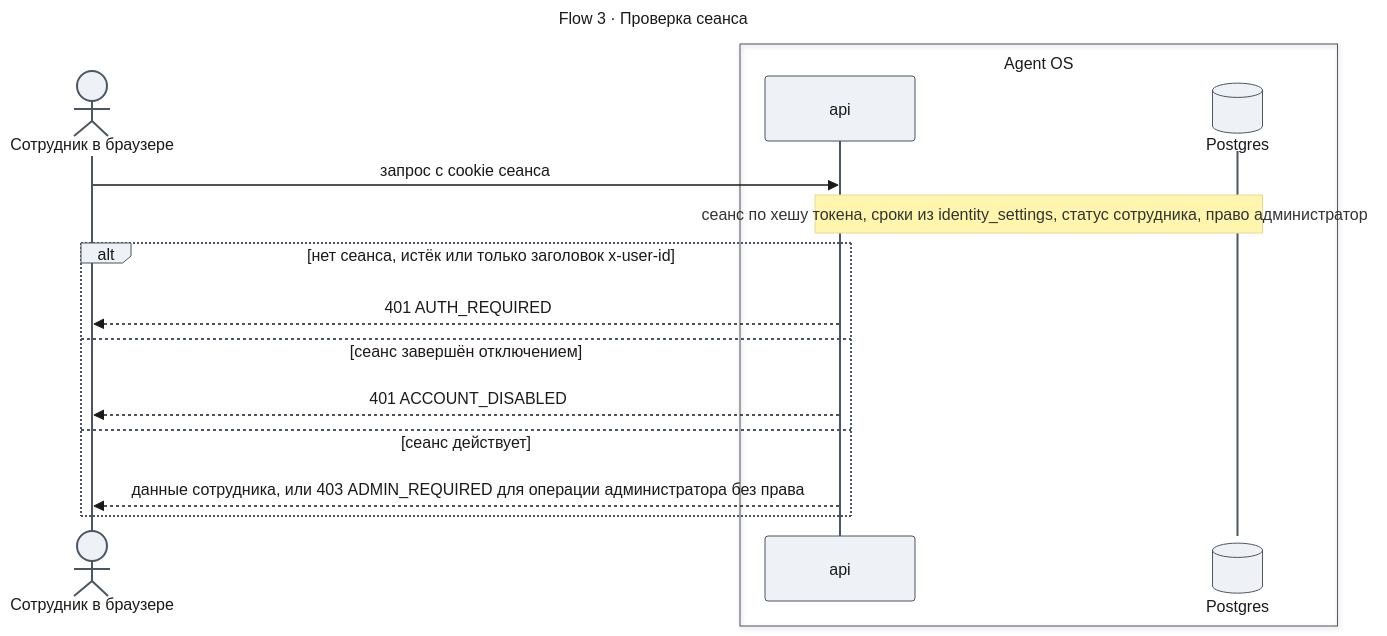
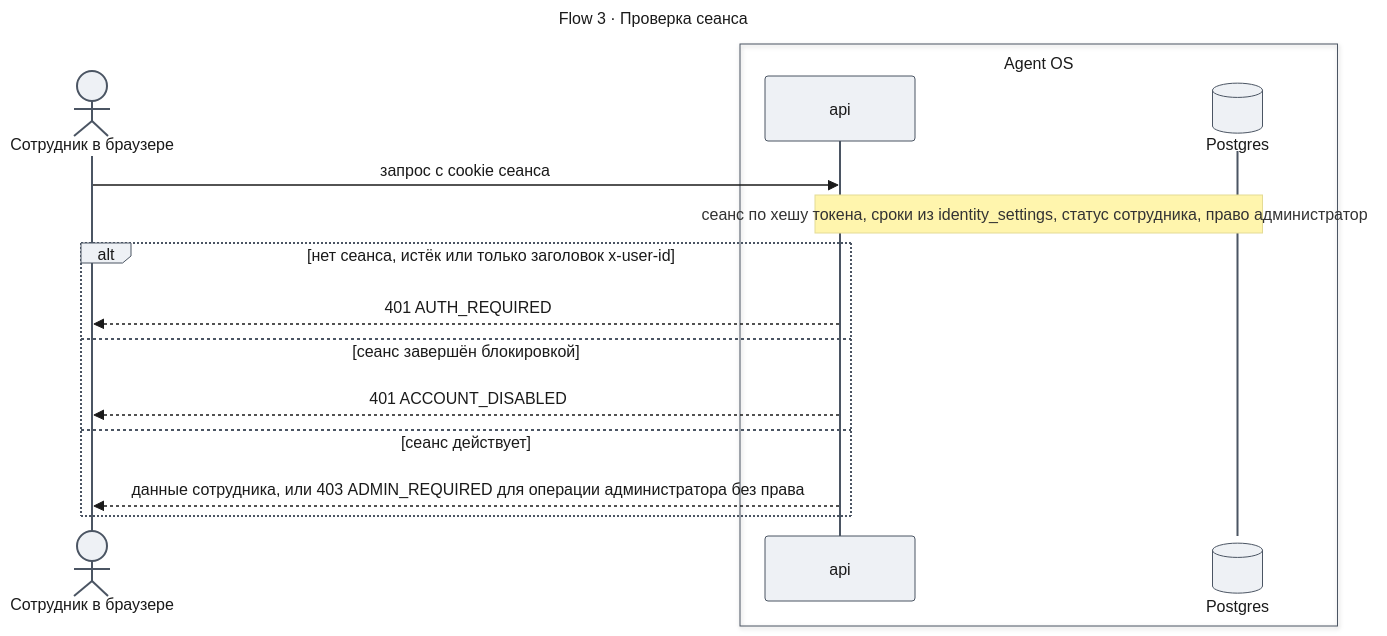
One commit to tundraray/agent-os changed the eighth of 9 diagrams in docs/features/enterprise-access/design-identity.md. Above: the diagram before and after it, drawn with Mermaid. The commit also changed other lines of this file and 6 other files, not shown here.

````diff
--- a/docs/features/enterprise-access/design-identity.md
+++ b/docs/features/enterprise-access/design-identity.md
@@ -631,34 +606,34 @@
 ```mermaid
 ---
 title: "Flow 3 · Проверка сеанса"
 config:
   theme: base
   look: classic
   themeVariables:
     primaryColor: "#eef1f5"
     primaryBorderColor: "#4b5563"
     primaryTextColor: "#1a1a1a"
     lineColor: "#6b7280"
   themeCSS: |
     @keyframes litr_f2{0%,22.5%{stroke:#1d4ed8;stroke-width:6px}25%,100%{stroke:#37474f;stroke-width:2px}}
     .messageLine0[data-id='i0'],.messageLine1[data-id='i0']{animation:litr_f2 4.8s linear 0s infinite}
     .messageLine0[data-id='i3'],.messageLine1[data-id='i3']{animation:litr_f2 4.8s linear 1.2s infinite}
     .messageLine0[data-id='i5'],.messageLine1[data-id='i5']{animation:litr_f2 4.8s linear 2.4s infinite}
     .messageLine0[data-id='i7'],.messageLine1[data-id='i7']{animation:litr_f2 4.8s linear 3.6s infinite}
 ---
 sequenceDiagram
     actor U as Сотрудник в браузере
     box Agent OS
     participant A as api
     participant DB@{ "type": "database" } as Postgres
     end
     U->>A: запрос с cookie сеанса
     Note over A,DB: сеанс по хешу токена, сроки из identity_settings, статус сотрудника, право администратора
     alt нет сеанса, истёк или только заголовок x-user-id
         A-->>U: 401 AUTH_REQUIRED
-    else сеанс завершён отключением
+    else сеанс завершён блокировкой
         A-->>U: 401 ACCOUNT_DISABLED
     else сеанс действует
         A-->>U: данные сотрудника, или 403 ADMIN_REQUIRED для операции администратора без права
     end
 ```
````
